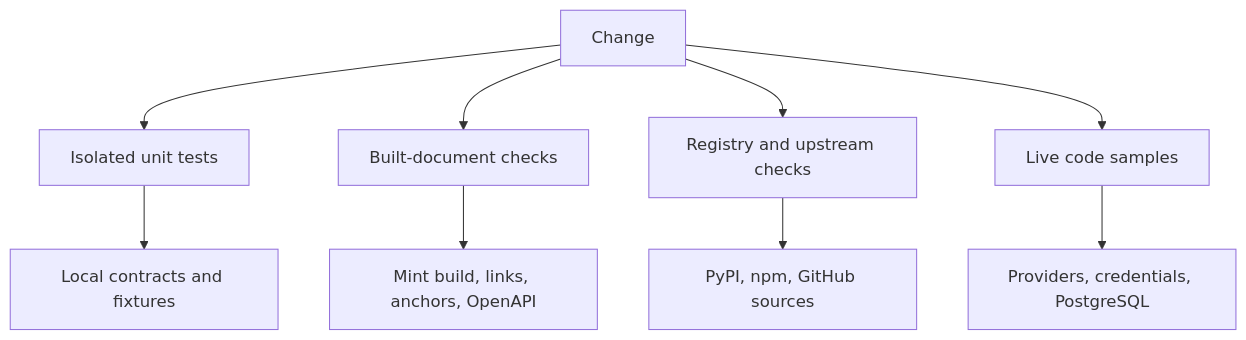
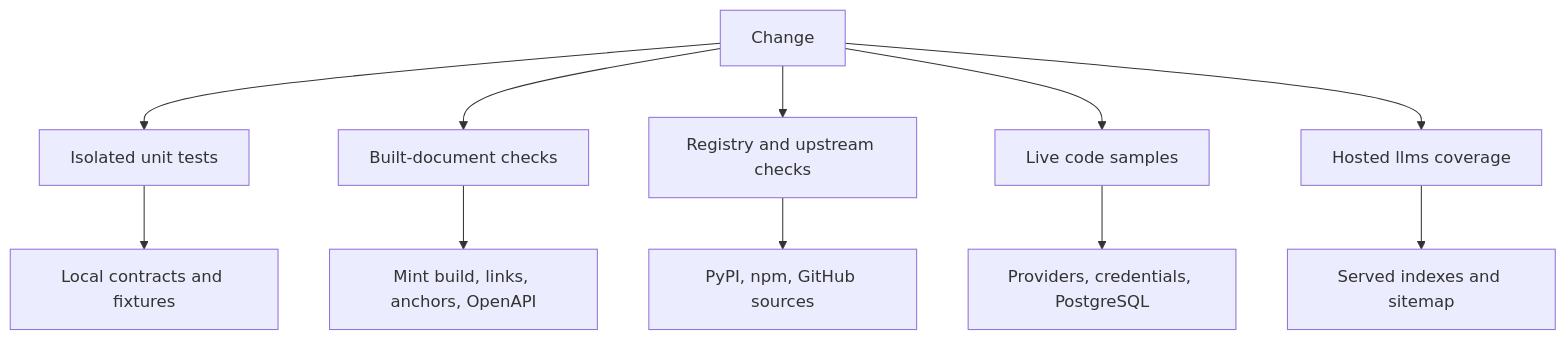
The first of 2 diagrams in openwiki/testing/test-overview.md (langchain-ai/docs), drawn with Mermaid before and after one commit. The commit also changed other lines of this file and 41 other files, not shown here.

````diff
--- a/openwiki/testing/test-overview.md
+++ b/openwiki/testing/test-overview.md
@@ -93,11 +100,13 @@
 ```mermaid
 flowchart TD
   Change["Change"] --> Unit["Isolated unit tests"]
   Unit --> Contracts["Local contracts and fixtures"]
   Change --> Build["Built-document checks"]
   Build --> Rendered["Mint build, links, anchors, OpenAPI"]
   Change --> Registry["Registry and upstream checks"]
   Registry --> Remote["PyPI, npm, GitHub sources"]
   Change --> Live["Live code samples"]
   Live --> Services["Providers, credentials, PostgreSQL"]
+  Change --> Hosted["Hosted llms coverage"]
+  Hosted --> Served["Served indexes and sitemap"]
 ```
````
